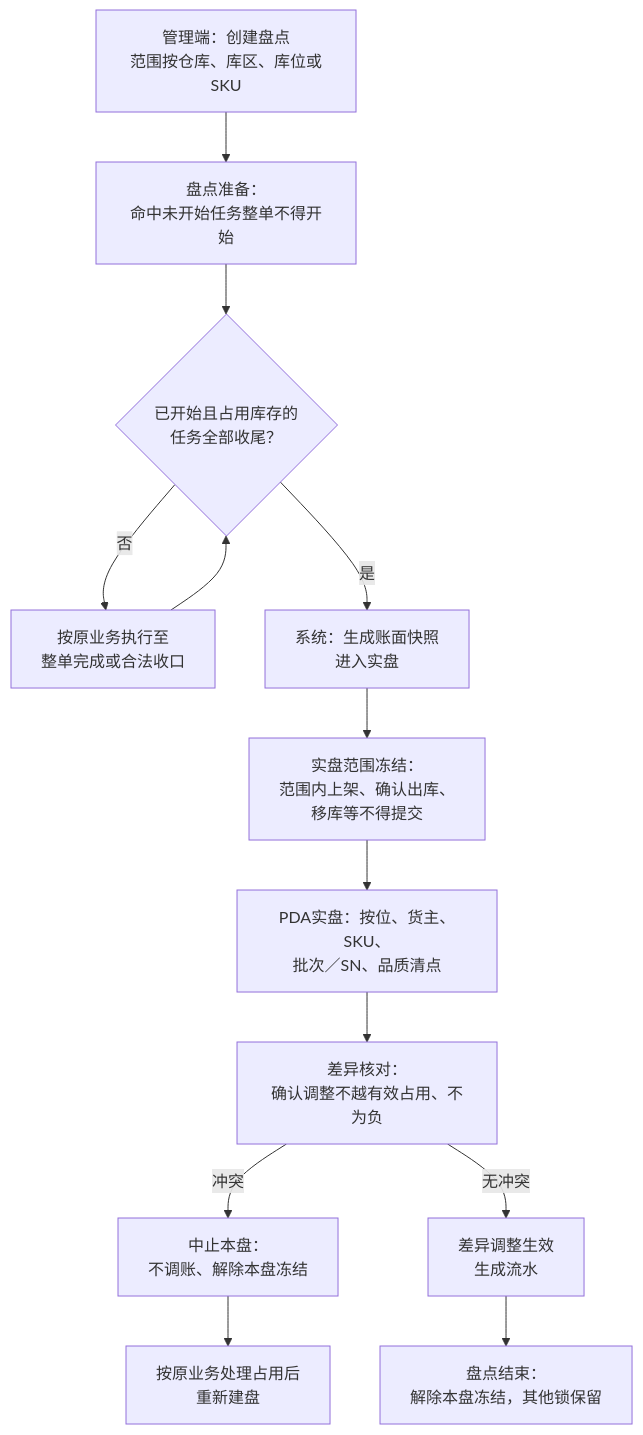
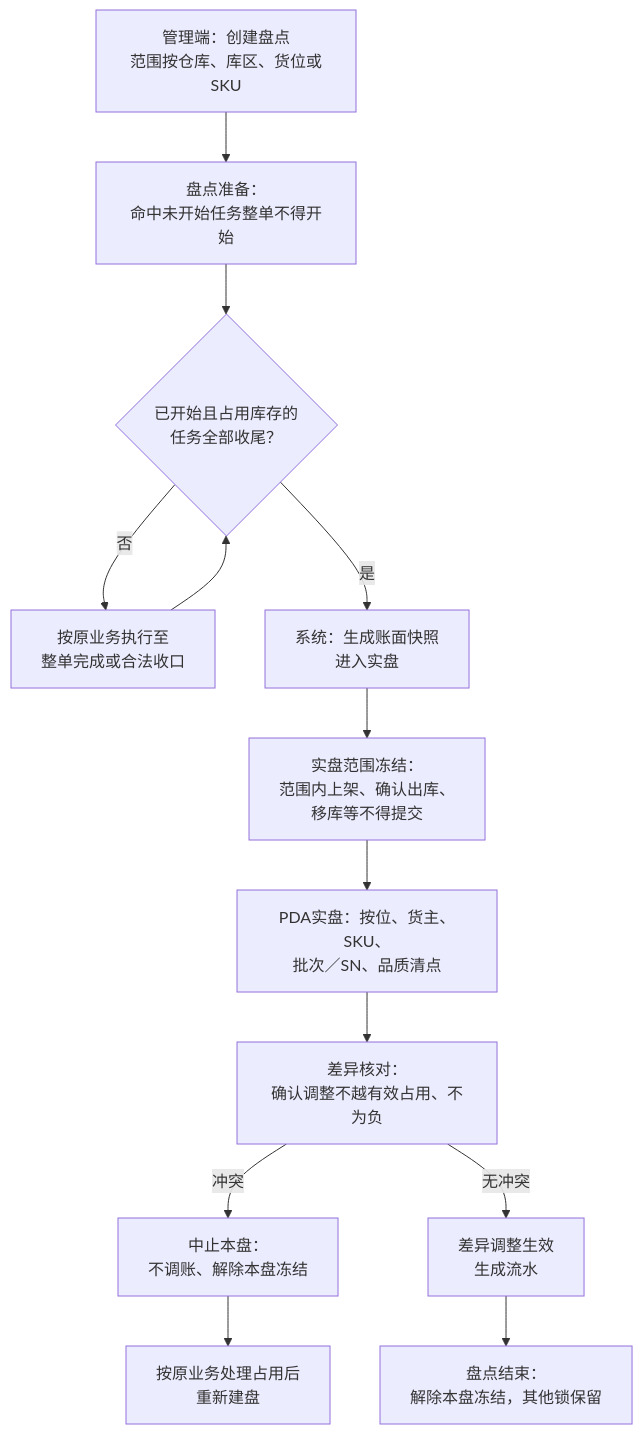
One commit to TopVitamin/QS-WMS-Project changed the fifth of 5 diagrams in 05-应用设计方案/20261002-MVP版本/系统架构设计/01-系统流程与单据交互.md. Above: the diagram before and after it, drawn with Mermaid. The commit also changed other lines of this file and 63 other files, not shown here.

````diff
--- a/05-应用设计方案/20261002-MVP版本/系统架构设计/01-系统流程与单据交互.md
+++ b/05-应用设计方案/20261002-MVP版本/系统架构设计/01-系统流程与单据交互.md
@@ -209,15 +205,15 @@
 ```mermaid
 flowchart TB
-    A[管理端：创建盘点<br/>范围按仓库、库区、库位或SKU] --> B[盘点准备：<br/>命中未开始任务整单不得开始]
+    A[管理端：创建盘点<br/>范围按仓库、库区、货位或SKU] --> B[盘点准备：<br/>命中未开始任务整单不得开始]
     B --> C{已开始且占用库存的<br/>任务全部收尾？}
     C -->|否| D[按原业务执行至<br/>整单完成或合法收口]
     D --> C
     C -->|是| E[系统：生成账面快照<br/>进入实盘]
     E --> F[实盘范围冻结：<br/>范围内上架、确认出库、<br/>移库等不得提交]
     F --> G[PDA实盘：按位、货主、SKU、<br/>批次／SN、品质清点]
     G --> H[差异核对：<br/>确认调整不越有效占用、不为负]
     H -->|冲突| I[中止本盘：<br/>不调账、解除本盘冻结]
     I --> J[按原业务处理占用后<br/>重新建盘]
     H -->|无冲突| K[差异调整生效<br/>生成流水]
     K --> L[盘点结束：<br/>解除本盘冻结，其他锁保留]
 ```
````
